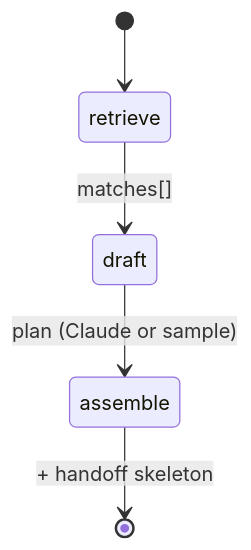
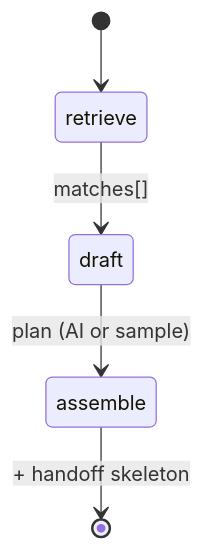
The third of 3 diagrams in README.md (anupsahoo/revenueos), drawn with Mermaid before and after one commit. The commit also changed other lines of this file and 7 other files, not shown here.

````diff
--- a/README.md
+++ b/README.md
@@ -99,7 +99,7 @@
 ```mermaid
 stateDiagram-v2
   [*] --> retrieve
   retrieve --> draft: matches[]
-  draft --> assemble: plan (Claude or sample)
+  draft --> assemble: plan (AI or sample)
   assemble --> [*]: + handoff skeleton
 ```
````
